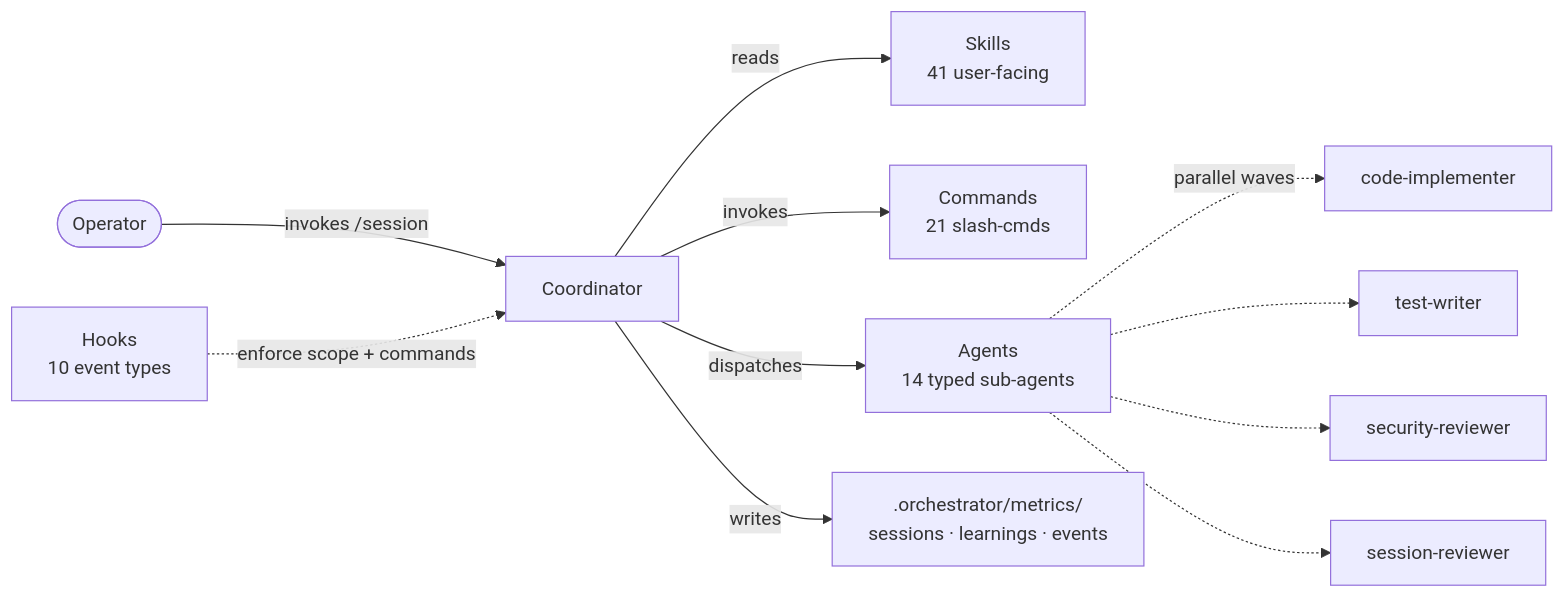
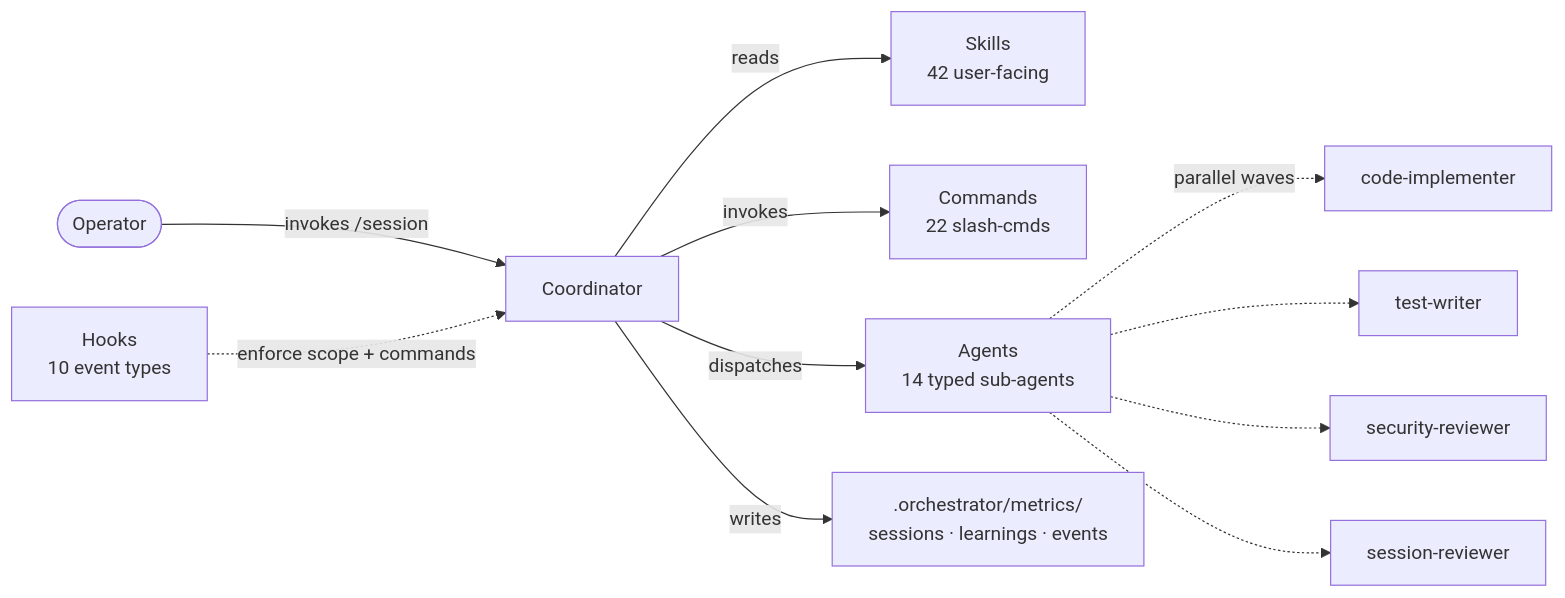
One commit to Kanevry/session-orchestrator changed the diagram in docs/components.md. Above: the diagram before and after it, drawn with Mermaid. The commit also changed other lines of this file and 6 other files, not shown here.

````diff
--- a/docs/components.md
+++ b/docs/components.md
@@ -7,13 +7,13 @@
 ```mermaid
 flowchart LR
     USER([Operator]) -->|invokes /session| COORD[Coordinator]
-    COORD -->|reads| SK[Skills<br/>41 user-facing]
-    COORD -->|invokes| CMD[Commands<br/>21 slash-cmds]
+    COORD -->|reads| SK[Skills<br/>42 user-facing]
+    COORD -->|invokes| CMD[Commands<br/>22 slash-cmds]
     COORD -->|dispatches| AG[Agents<br/>14 typed sub-agents]
     AG -.->|parallel waves| W1[code-implementer]
     AG -.-> W2[test-writer]
     AG -.-> W3[security-reviewer]
     AG -.-> W4[session-reviewer]
     HOOK[Hooks<br/>10 event types] -.->|enforce scope + commands| COORD
     COORD -->|writes| METRIC[.orchestrator/metrics/<br/>sessions · learnings · events]
 ```
````
